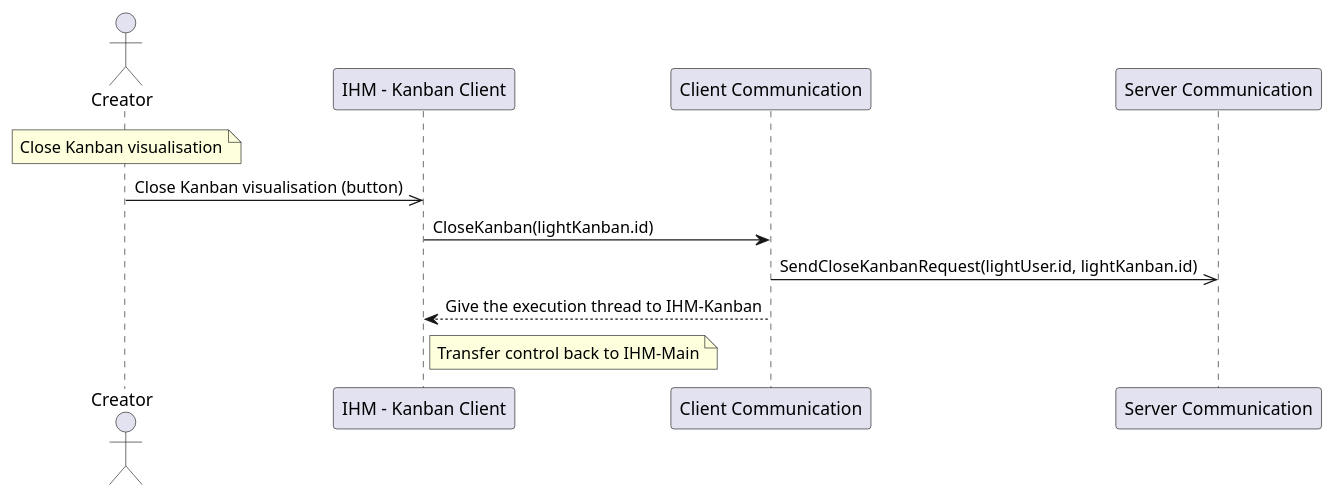
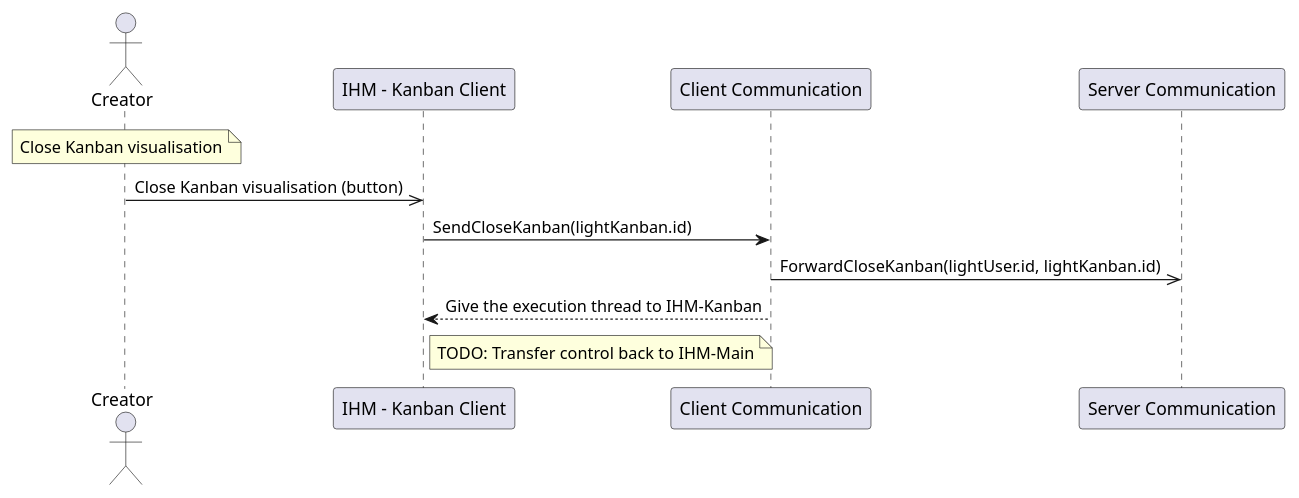
One commit to moha-tah/kanban-project changed the diagram in diagrams/sequences/close-kanban.plantuml. Above: the diagram before and after it, drawn with PlantUML.

Commit message:
feat(puml): Refactor close-kanban sequence diagram by updating message flow and clarify control transfer to IHM-Main

```diff
--- a/diagrams/sequences/close-kanban.plantuml
+++ b/diagrams/sequences/close-kanban.plantuml
@@ -1,16 +1,15 @@
 @startuml Close Kanban
 actor Creator
 participant "IHM – Kanban Client" as IHM
 participant "Client Communication" as ClientCom
 participant "Server Communication" as ServerCom
 
 note over Creator: Close Kanban visualisation
 
 
 Creator ->> IHM: Close Kanban visualisation (button)
-IHM -> ClientCom: CloseKanban(lightKanban.id)
-ClientCom ->> ServerCom: SendCloseKanbanRequest(lightUser.id, lightKanban.id)
-' ServerCom --> ClientCom: Return closed Communication
+IHM -> ClientCom: SendCloseKanban(lightKanban.id)
+ClientCom ->> ServerCom: ForwardCloseKanban(lightUser.id, lightKanban.id)
 ClientCom --> IHM: Give the execution thread to IHM-Kanban
-note right of IHM: Transfer control back to IHM-Main
+note right of IHM: TODO: Transfer control back to IHM-Main
 @enduml
```
